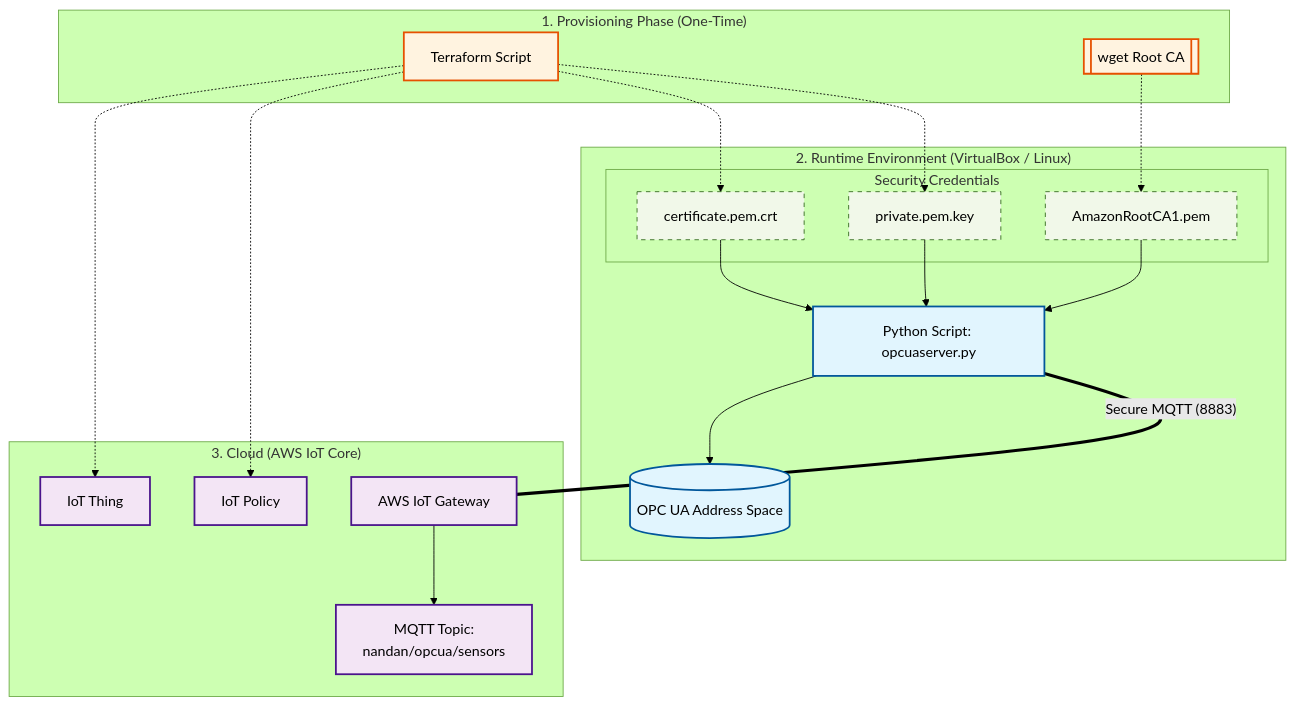
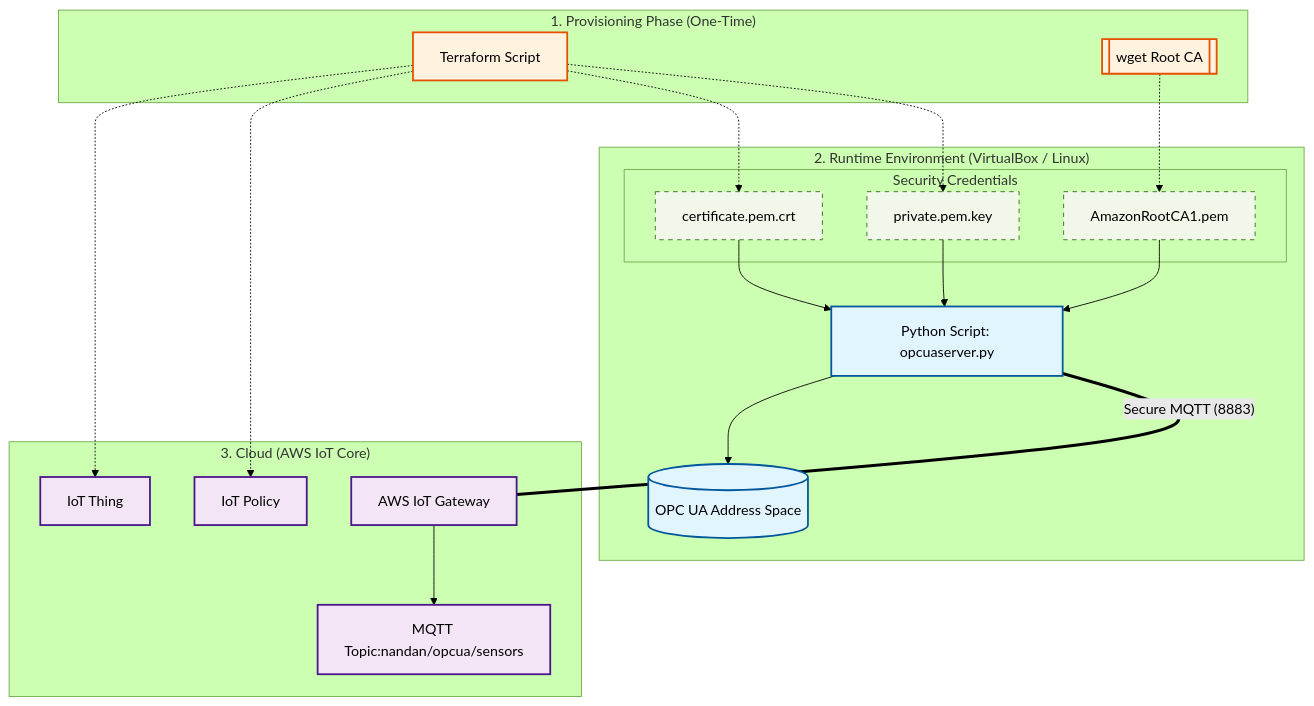
Before and after one commit to nandanchapa/pythonopcua: the diagram in README.md, drawn with Mermaid (forest theme).

Commit message:
docs: updated architecture diagram with out <br/>

````diff
--- a/README.md
+++ b/README.md
@@ -49,55 +49,55 @@
 ```mermaid
 graph TD
     %% Node Definitions
     subgraph Provisioning ["1. Provisioning Phase (One-Time)"]
         TF[Terraform Script]
         CA_DL[[wget Root CA]]
     end
 
     subgraph Local ["2. Runtime Environment (VirtualBox / Linux)"]
         A[Python Script: opcuaserver.py]
         B[(OPC UA Address Space)]
         
         subgraph Auth ["Security Credentials"]
             CERT[certificate.pem.crt]
             KEY[private.pem.key]
             ROOT[AmazonRootCA1.pem]
         end
     end
 
     subgraph Cloud ["3. Cloud (AWS IoT Core)"]
         IOT[AWS IoT Gateway]
         POL[IoT Policy]
         THG[IoT Thing]
-        TOPIC["MQTT Topic:<br/>nandan/opcua/sensors"]
+        TOPIC["MQTT Topic:nandan/opcua/sensors"]
     end
 
     %% Provisioning Connections
     TF -.-> THG
     TF -.-> POL
     TF -.-> CERT
     TF -.-> KEY
     CA_DL -.-> ROOT
 
     %% Runtime Connections
     A --> B
     
     %% Expanded connections for better GitHub compatibility
     CERT --> A
     KEY --> A
     ROOT --> A
     
     A ===|"Secure MQTT (8883)"| IOT
     IOT --> TOPIC
 
     %% Styling
     classDef provision fill:#fff3e0,stroke:#e65100,stroke-width:2px,color:#000;
     classDef local fill:#e1f5fe,stroke:#01579b,stroke-width:2px,color:#000;
     classDef auth fill:#f1f8e9,stroke:#33691e,stroke-width:1px,stroke-dasharray: 5 5,color:#000;
     classDef cloud fill:#f3e5f5,stroke:#4a148c,stroke-width:2px,color:#000;
 
     class TF,CA_DL provision;
     class A,B local;
     class CERT,KEY,ROOT auth;
     class IOT,POL,THG,TOPIC cloud;
 ```
````
